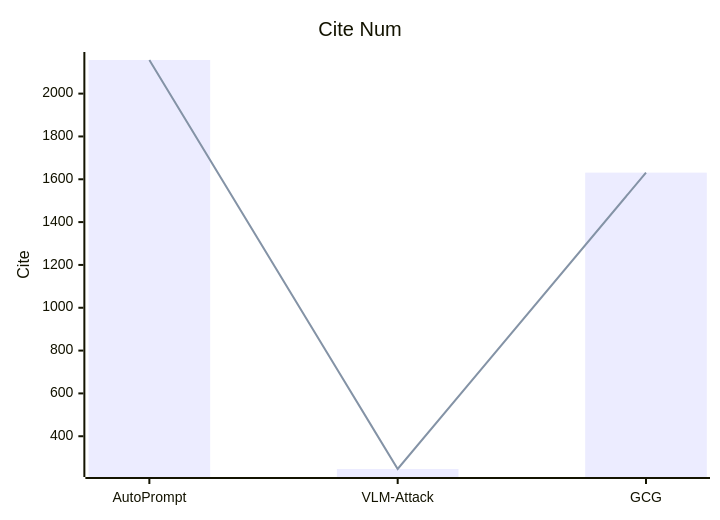
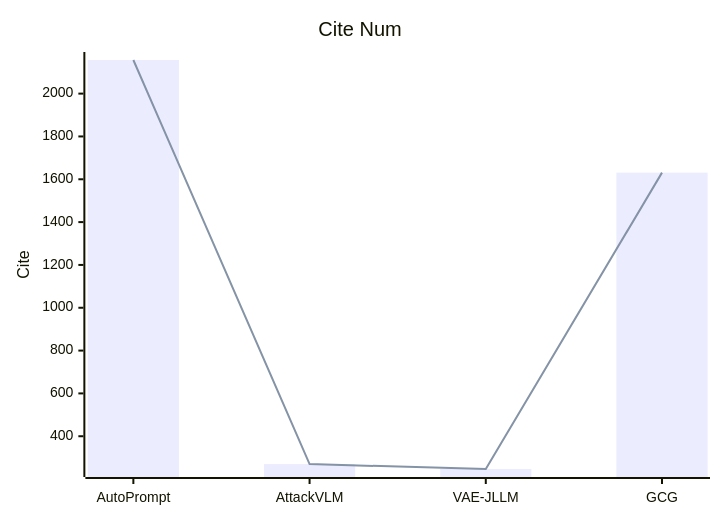
One commit to Elephant-King9/Paper changed the fifth of 5 diagrams in Attack/Jailbreak/analyse.md. Above: the diagram before and after it, drawn with Mermaid. The commit also changed other lines of this file and 10 other files, not shown here.

````diff
--- a/Attack/Jailbreak/analyse.md
+++ b/Attack/Jailbreak/analyse.md
@@ -59,8 +66,8 @@
 ```mermaid
     xychart-beta
     title "Cite Num"
-    x-axis [AutoPrompt,VLM-Attack,GCG]
+    x-axis [AutoPrompt,AttackVLM,VAE-JLLM,GCG]
     y-axis "Cite" 
-    bar [2157, 247, 1631]
-    line [2157, 247,1631]
+    bar [2157, 270,247, 1631]
+    line [2157, 270,247,1631]
 ```
````
